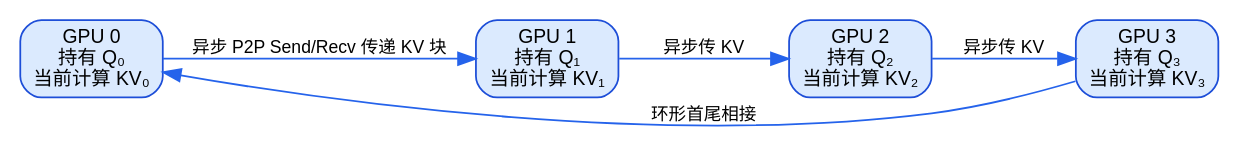
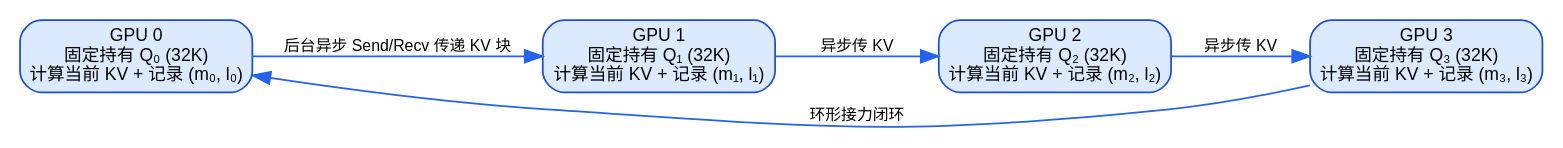
The eighth of 15 diagrams in src/content/posts/ai-chip-operator-development-complete-tutorial.md (hqu-little-boy/blog), drawn with Graphviz before and after one commit. The commit also changed other lines of this file, not shown here.

Commit message:
docs: expand 5D parallelism (TP/EP/DP/CP/PP) with beginner-friendly shape walkthroughs and pitfalls

````diff
--- a/src/content/posts/ai-chip-operator-development-complete-tutorial.md
+++ b/src/content/posts/ai-chip-operator-development-complete-tutorial.md
@@ -349,17 +451,17 @@
 ```dot
 digraph RingAttention {
     rankdir=LR;
-    node [shape=box, style="rounded,filled", fontname="sans-serif", fontsize=11];
-    edge [color="#2563eb", fontname="sans-serif", fontsize=10];
+    node [shape=box, style="rounded,filled", fontname="sans-serif", fontsize=10];
+    edge [color="#2563eb", fontname="sans-serif", fontsize=9];
 
-    G0 [label="GPU 0\n持有 Q₀\n当前计算 KV₀", fillcolor="#dbeafe", color="#1d4ed8"];
-    G1 [label="GPU 1\n持有 Q₁\n当前计算 KV₁", fillcolor="#dbeafe", color="#1d4ed8"];
-    G2 [label="GPU 2\n持有 Q₂\n当前计算 KV₂", fillcolor="#dbeafe", color="#1d4ed8"];
-    G3 [label="GPU 3\n持有 Q₃\n当前计算 KV₃", fillcolor="#dbeafe", color="#1d4ed8"];
+    G0 [label="GPU 0\n固定持有 Q₀ (32K)\n计算当前 KV + 记录 (m₀, l₀)", fillcolor="#dbeafe", color="#1d4ed8"];
+    G1 [label="GPU 1\n固定持有 Q₁ (32K)\n计算当前 KV + 记录 (m₁, l₁)", fillcolor="#dbeafe", color="#1d4ed8"];
+    G2 [label="GPU 2\n固定持有 Q₂ (32K)\n计算当前 KV + 记录 (m₂, l₂)", fillcolor="#dbeafe", color="#1d4ed8"];
+    G3 [label="GPU 3\n固定持有 Q₃ (32K)\n计算当前 KV + 记录 (m₃, l₃)", fillcolor="#dbeafe", color="#1d4ed8"];
 
-    G0 -> G1 [label=" 异步 P2P Send/Recv 传递 KV 块"];
+    G0 -> G1 [label=" 后台异步 Send/Recv 传递 KV 块"];
     G1 -> G2 [label=" 异步传 KV"];
     G2 -> G3 [label=" 异步传 KV"];
-    G3 -> G0 [label=" 环形首尾相接", constraint=false];
+    G3 -> G0 [label=" 环形接力闭环", constraint=false];
 }
 ```
````
